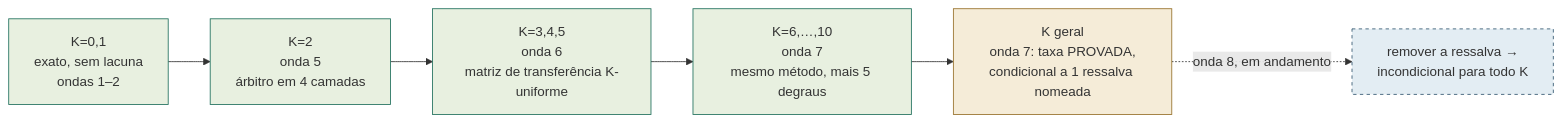
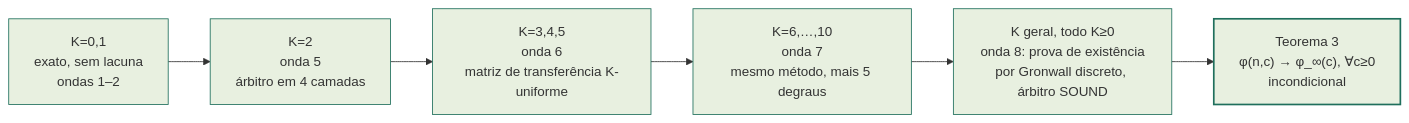
Before and after one commit to dougdotcon/TamesisTheoryCompleteResearchArchive: the second of 4 diagrams in README_PTBR.md, drawn with Mermaid. The commit also changed other lines of this file and 9 other files, not shown here.

````diff
--- a/README_PTBR.md
+++ b/README_PTBR.md
@@ -78,14 +78,14 @@
 ```mermaid
 flowchart LR
     K01["K=0,1<br/>exato, sem lacuna<br/>ondas 1–2"] --> K2["K=2<br/>onda 5<br/>árbitro em 4 camadas"]
     K2 --> K345["K=3,4,5<br/>onda 6<br/>matriz de transferência K-uniforme"]
     K345 --> K610["K=6,…,10<br/>onda 7<br/>mesmo método, mais 5 degraus"]
-    K610 --> Kgen["K geral<br/>onda 7: taxa PROVADA,<br/>condicional a 1 ressalva nomeada"]
-    Kgen -.->|"onda 8, em andamento"| Close["remover a ressalva →<br/>incondicional para todo K"]
+    K610 --> Kgen["K geral, todo K≥0<br/>onda 8: prova de existência<br/>por Gronwall discreto, árbitro SOUND"]
+    Kgen --> Teo3["Teorema 3<br/>φ(n,c) → φ_∞(c), ∀c≥0<br/>incondicional"]
     style K01 fill:#e8f0e0,stroke:#1f6f5c
     style K2 fill:#e8f0e0,stroke:#1f6f5c
     style K345 fill:#e8f0e0,stroke:#1f6f5c
     style K610 fill:#e8f0e0,stroke:#1f6f5c
-    style Kgen fill:#f5ecd8,stroke:#96702a
-    style Close fill:#e3edf3,stroke:#33566f,stroke-dasharray: 4 4
+    style Kgen fill:#e8f0e0,stroke:#1f6f5c
+    style Teo3 fill:#e8f0e0,stroke:#1f6f5c,stroke-width:2px
 ```
````
